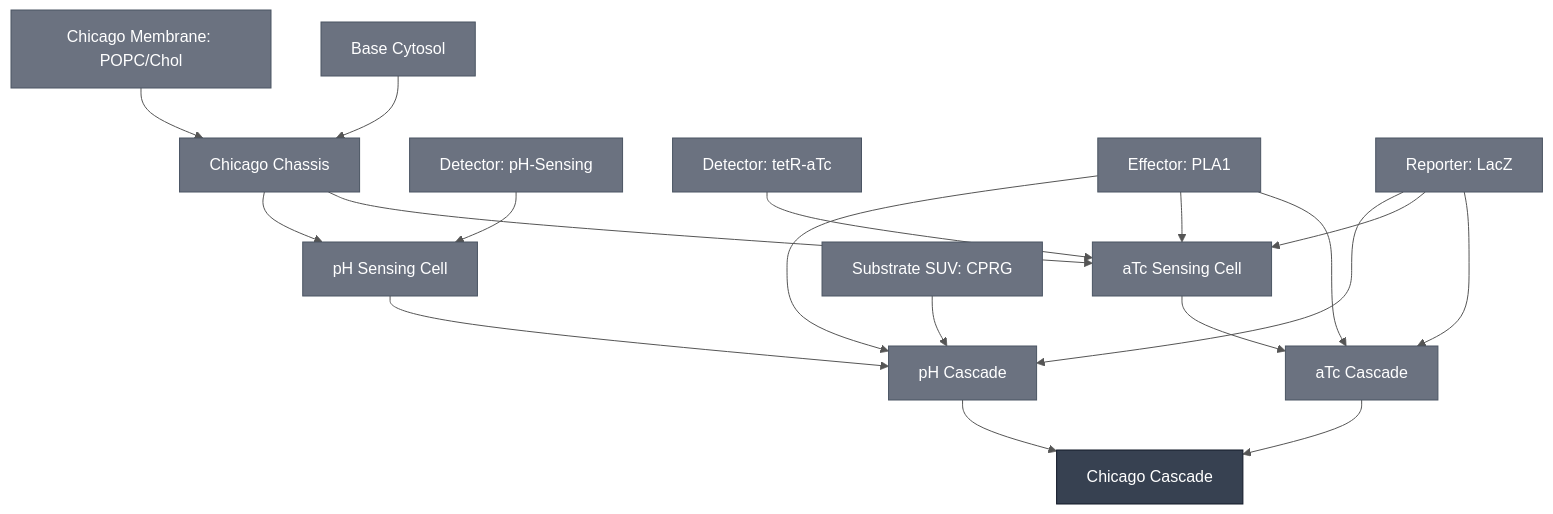
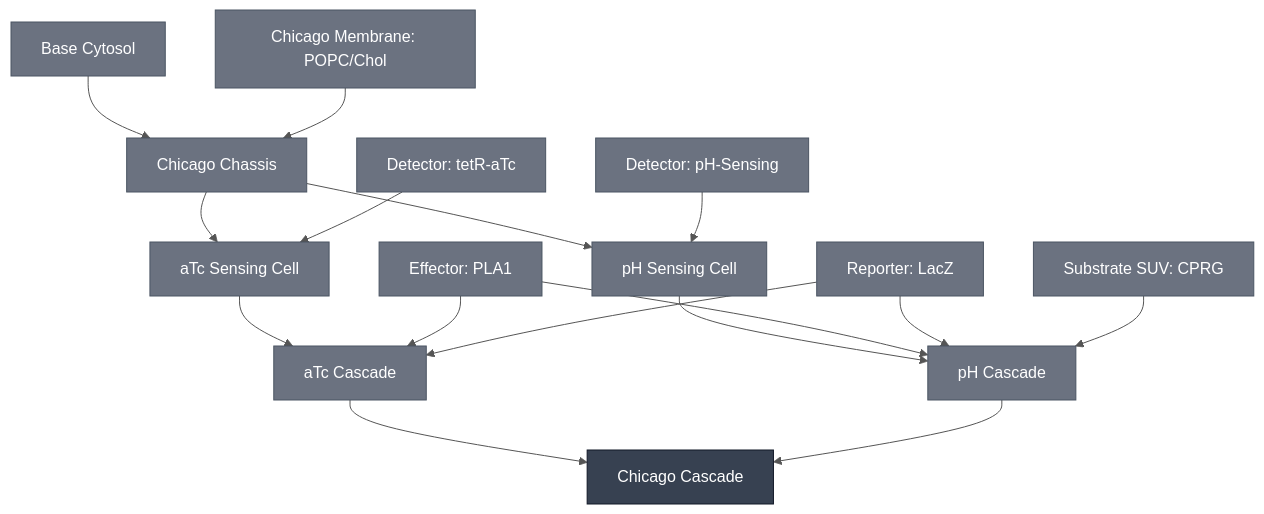
The diagram in docs/modules/chicago-cascade/spec.md (nucleus-eng/nucleus-docs), drawn with Mermaid before and after one commit. The commit also changed 3 other files, not shown here.

First line of the commit message:
Separate the sensing cell from its readout, and say where LacZ sits

````diff
--- a/docs/modules/chicago-cascade/spec.md
+++ b/docs/modules/chicago-cascade/spec.md
@@ -44,54 +44,52 @@
 ```mermaid
 %%{init: {'theme': 'base', 'themeVariables': {'lineColor': '#555555', 'edgeLabelBackground': '#ffffff'}}}%%
 flowchart TD
     ATC_CASCADE["aTc Cascade"]
     ATC_SENSING_CELL["aTc Sensing Cell"]
     BASE_CYTOSOL["Base Cytosol"]
     CHICAGO_CASCADE["Chicago Cascade"]
     CHICAGO_CHASSIS["Chicago Chassis"]
     DETECTOR_PH["Detector: pH-Sensing"]
     DETECTOR_TETR_ATC["Detector: tetR-aTc"]
     EFFECTOR_PLA1["Effector: PLA1"]
     MEMBRANE_POPC_CHOL_CHICAGO["Chicago Membrane: POPC/Chol"]
     PH_CASCADE["pH Cascade"]
     PH_SENSING_CELL["pH Sensing Cell"]
     REPORTER_LACZ["Reporter: LacZ"]
     SUBSTRATE_CPRG_SUV["Substrate SUV: CPRG"]
 
     ATC_SENSING_CELL --> ATC_CASCADE
     EFFECTOR_PLA1 --> ATC_CASCADE
     REPORTER_LACZ --> ATC_CASCADE
     CHICAGO_CHASSIS --> ATC_SENSING_CELL
     DETECTOR_TETR_ATC --> ATC_SENSING_CELL
-    EFFECTOR_PLA1 --> ATC_SENSING_CELL
-    REPORTER_LACZ --> ATC_SENSING_CELL
     ATC_CASCADE --> CHICAGO_CASCADE
     PH_CASCADE --> CHICAGO_CASCADE
     BASE_CYTOSOL --> CHICAGO_CHASSIS
     MEMBRANE_POPC_CHOL_CHICAGO --> CHICAGO_CHASSIS
     PH_SENSING_CELL --> PH_CASCADE
     EFFECTOR_PLA1 --> PH_CASCADE
     REPORTER_LACZ --> PH_CASCADE
     SUBSTRATE_CPRG_SUV --> PH_CASCADE
     CHICAGO_CHASSIS --> PH_SENSING_CELL
     DETECTOR_PH --> PH_SENSING_CELL
 
     classDef constituent fill:#6B7280,color:#ffffff,stroke:#4B5563;
     classDef this fill:#374151,color:#ffffff,stroke:#111827;
     class ATC_CASCADE,ATC_SENSING_CELL,BASE_CYTOSOL,CHICAGO_CHASSIS,DETECTOR_PH,DETECTOR_TETR_ATC,EFFECTOR_PLA1,MEMBRANE_POPC_CHOL_CHICAGO,PH_CASCADE,PH_SENSING_CELL,REPORTER_LACZ,SUBSTRATE_CPRG_SUV constituent;
     class CHICAGO_CASCADE this;
 
     click ATC_CASCADE "/docs/modules/atc-cascade/spec"
     click ATC_SENSING_CELL "/docs/modules/atc-sensing-cell/spec"
     click BASE_CYTOSOL "/docs/modules/base-cytosol/spec"
     click CHICAGO_CASCADE "/docs/modules/chicago-cascade/spec"
     click CHICAGO_CHASSIS "/docs/modules/chicago-chassis/spec"
     click DETECTOR_PH "/docs/modules/detector-ph/spec"
     click DETECTOR_TETR_ATC "/docs/modules/detector-tetr-atc/spec"
     click EFFECTOR_PLA1 "/docs/modules/effector-pla1/spec"
     click MEMBRANE_POPC_CHOL_CHICAGO "/docs/modules/membrane-popc-chol-chicago/spec"
     click PH_CASCADE "/docs/modules/ph-cascade/spec"
     click PH_SENSING_CELL "/docs/modules/ph-sensing-cell/spec"
     click REPORTER_LACZ "/docs/modules/reporter-lacz/spec"
     click SUBSTRATE_CPRG_SUV "/docs/modules/substrate-cprg-suv/spec"
 ```
````
